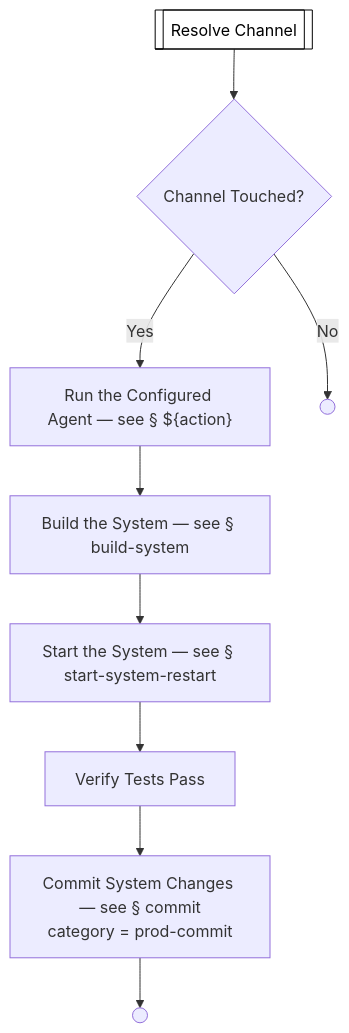
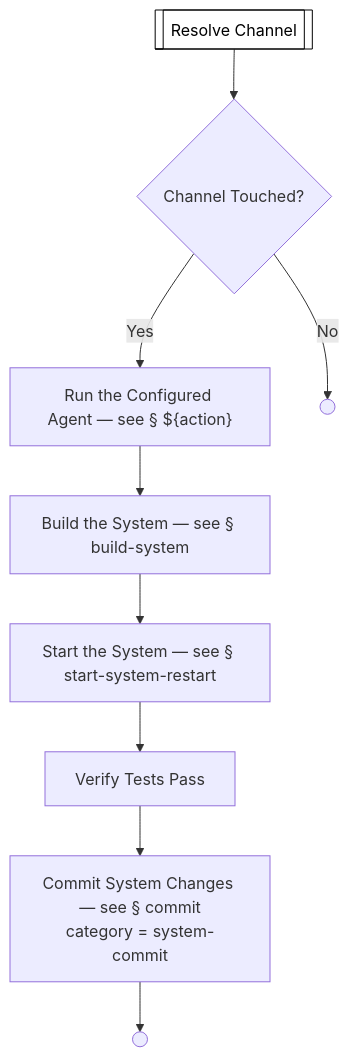
One commit to optivem/gh-optivem changed diagram 19 of 54 in docs/process-diagram.md. Above: the diagram before and after it, drawn with Mermaid. The commit also changed other lines of this file and 12 other files, not shown here.

Commit message:
atdd: regenerate process-flow diagram

````diff
--- a/docs/process-diagram.md
+++ b/docs/process-diagram.md
@@ -400,24 +400,24 @@
 ```mermaid
 flowchart TD
     RESOLVE_CHANNEL[[Resolve Channel]]
     GATE_CHANNEL_TOUCHED{Channel Touched?}
     RUN_ACTION["Run the Configured Agent — see § ${action}"]
     CHANNEL_SKIPPED(( ))
     BUILD_SYSTEM[Build the System — see § build-system]
     START_SYSTEM[Start the System — see § start-system-restart]
     VERIFY_TESTS_PASS[Verify Tests Pass]
-    COMMIT_SYSTEM["Commit System Changes — see § commit<br/>category = prod-commit"]
+    COMMIT_SYSTEM["Commit System Changes — see § commit<br/>category = system-commit"]
     IMPL_AND_VERIFY_SYSTEM_END(( ))
 
     RESOLVE_CHANNEL --> GATE_CHANNEL_TOUCHED
     GATE_CHANNEL_TOUCHED -- Yes --> RUN_ACTION
     GATE_CHANNEL_TOUCHED -- No --> CHANNEL_SKIPPED
     RUN_ACTION --> BUILD_SYSTEM
     BUILD_SYSTEM --> START_SYSTEM
     START_SYSTEM --> VERIFY_TESTS_PASS
     VERIFY_TESTS_PASS --> COMMIT_SYSTEM
     COMMIT_SYSTEM --> IMPL_AND_VERIFY_SYSTEM_END
 
     classDef serviceNode fill:#ffffff,stroke:#000000,stroke-width:1px,color:#000000
     class RESOLVE_CHANNEL serviceNode
 ```
````
